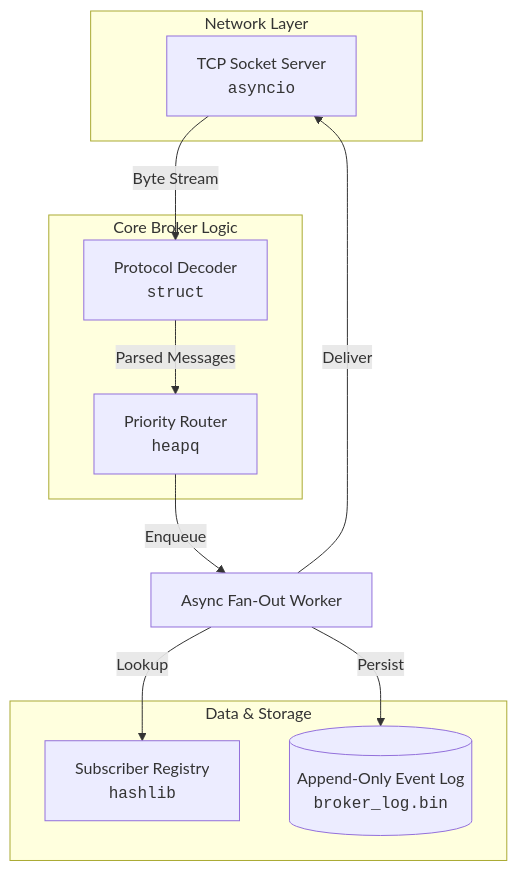
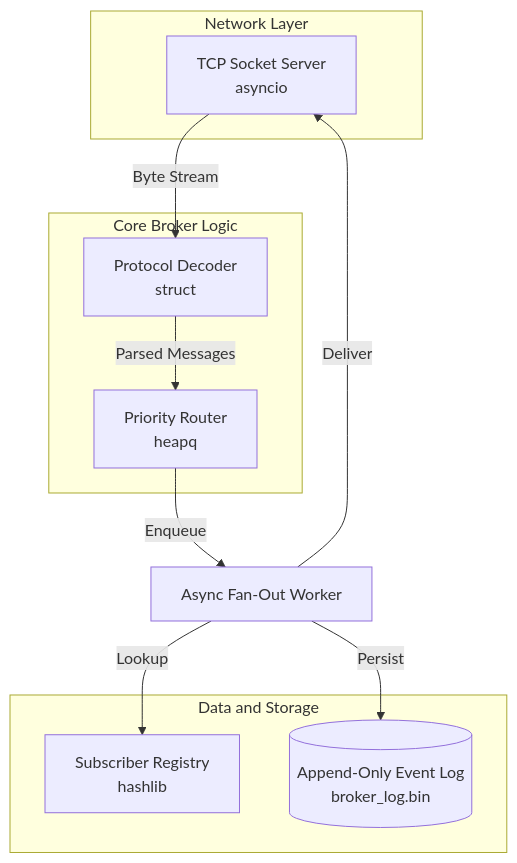
One commit to CN-2026-IIITA/Sentinel-Home-Hub changed the fifth of 5 diagrams in README.md. Above: the diagram before and after it, drawn with Mermaid. The commit also changed other lines of this file, not shown here.

Commit message:
fixed errors in fetching of mermaid code

````diff
--- a/README.md
+++ b/README.md
@@ -179,23 +179,23 @@
 ```mermaid
 flowchart TD
     subgraph Network Layer
-        TCP[TCP Socket Server<br><code>asyncio</code>]
+        TCP["TCP Socket Server<br/>asyncio"]
     end
 
     subgraph Core Broker Logic
-        Parser[Protocol Decoder<br><code>struct</code>]
-        QoS[Priority Router<br><code>heapq</code>]
+        Parser["Protocol Decoder<br/>struct"]
+        QoS["Priority Router<br/>heapq"]
     end
 
-    subgraph Data & Storage
-        State[Subscriber Registry<br><code>hashlib</code>]
-        Log[(Append-Only Event Log<br><code>broker_log.bin</code>)]
+    subgraph Data and Storage
+        State["Subscriber Registry<br/>hashlib"]
+        Log[("Append-Only Event Log<br/>broker_log.bin")]
     end
 
-    TCP -- Byte Stream --> Parser
-    Parser -- Parsed Messages --> QoS
-    QoS -- Enqueue --> Router[Async Fan-Out Worker]
-    Router -- Lookup --> State
-    Router -- Persist --> Log
-    Router -- Deliver --> TCP
+    TCP -- "Byte Stream" --> Parser
+    Parser -- "Parsed Messages" --> QoS
+    QoS -- "Enqueue" --> Router["Async Fan-Out Worker"]
+    Router -- "Lookup" --> State
+    Router -- "Persist" --> Log
+    Router -- "Deliver" --> TCP
 ```
````
